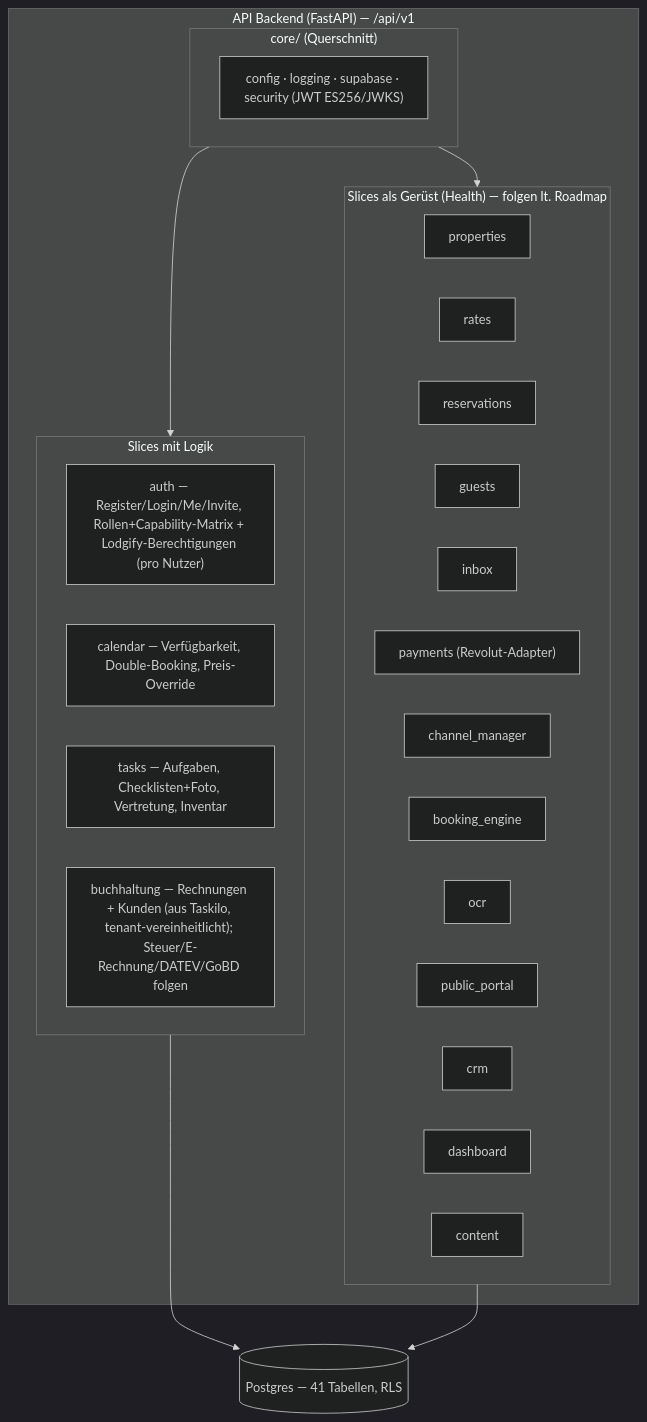
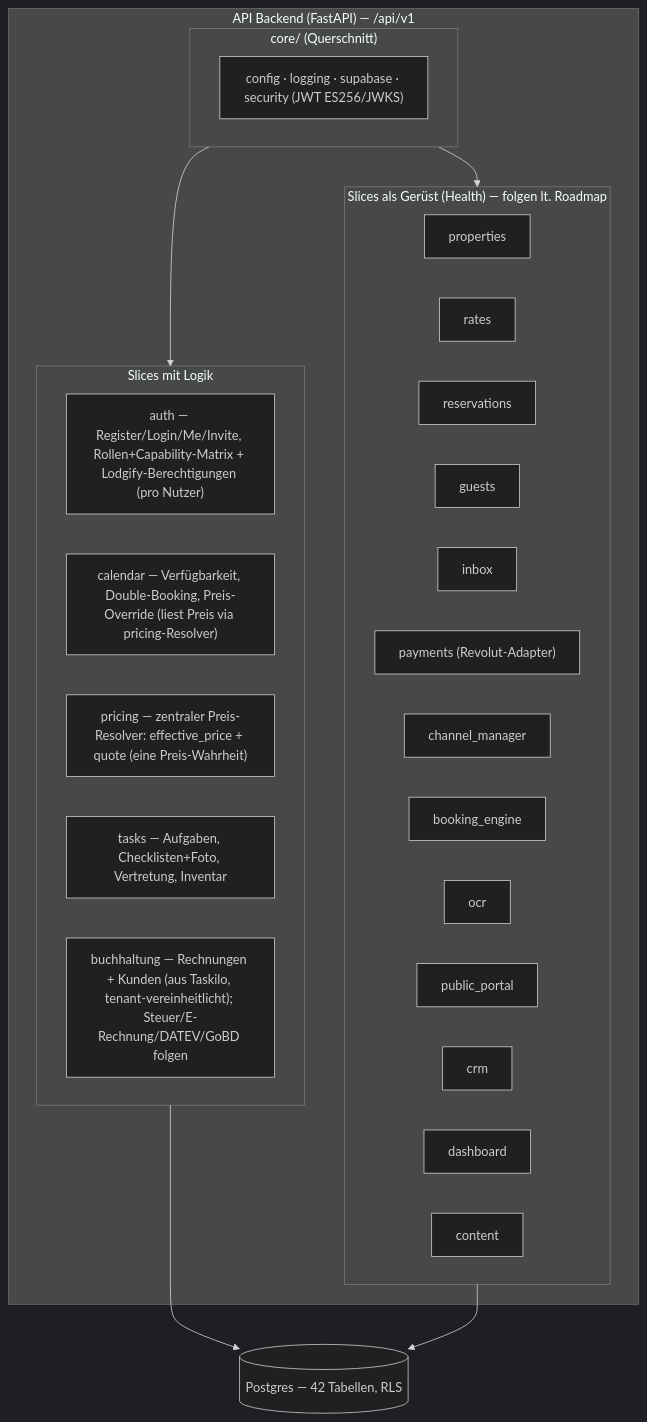
The third of 15 diagrams in docs/ARCHITECTURE.md (Andy1234567890-cmyk/NextDays), drawn with Mermaid (dark theme) before and after one commit. The commit also changed other lines of this file and 20 other files, not shown here.

First line of the commit message:
feat(pricing): zentrale Preis-Wahrheit (Resolver) für Kalender, Quote, Channex

````diff
--- a/docs/ARCHITECTURE.md
+++ b/docs/ARCHITECTURE.md
@@ -119,25 +119,26 @@
 ```mermaid
 flowchart TB
     subgraph API["API Backend (FastAPI) — /api/v1"]
         subgraph CORE["core/ (Querschnitt)"]
             CFG["config · logging · supabase · security (JWT ES256/JWKS)"]
         end
         subgraph DONE["Slices mit Logik"]
             AUTH["auth — Register/Login/Me/Invite, Rollen+Capability-Matrix + Lodgify-Berechtigungen (pro Nutzer)"]
-            CAL["calendar — Verfügbarkeit, Double-Booking, Preis-Override"]
+            CAL["calendar — Verfügbarkeit, Double-Booking, Preis-Override (liest Preis via pricing-Resolver)"]
+            PRICE["pricing — zentraler Preis-Resolver: effective_price + quote (eine Preis-Wahrheit)"]
             TASKS["tasks — Aufgaben, Checklisten+Foto, Vertretung, Inventar"]
             BUCH["buchhaltung — Rechnungen + Kunden (aus Taskilo, tenant-vereinheitlicht); Steuer/E-Rechnung/DATEV/GoBD folgen"]
         end
         subgraph SCAFFOLD["Slices als Gerüst (Health) — folgen lt. Roadmap"]
             PROP["properties"]; RATES["rates"]; RES["reservations"]
             GUE["guests"]; INBOX["inbox"]; PAY["payments (Revolut-Adapter)"]
             CM["channel_manager"]; BOOK["booking_engine"]; OCR["ocr"]
             PORTAL["public_portal"]; CRM["crm"]; DASH["dashboard"]; CONT["content"]
         end
     end
-    DB[("Postgres — 41 Tabellen, RLS")]
+    DB[("Postgres — 42 Tabellen, RLS")]
     DONE --> DB
     SCAFFOLD --> DB
     CORE --> DONE
     CORE --> SCAFFOLD
 ```
````
